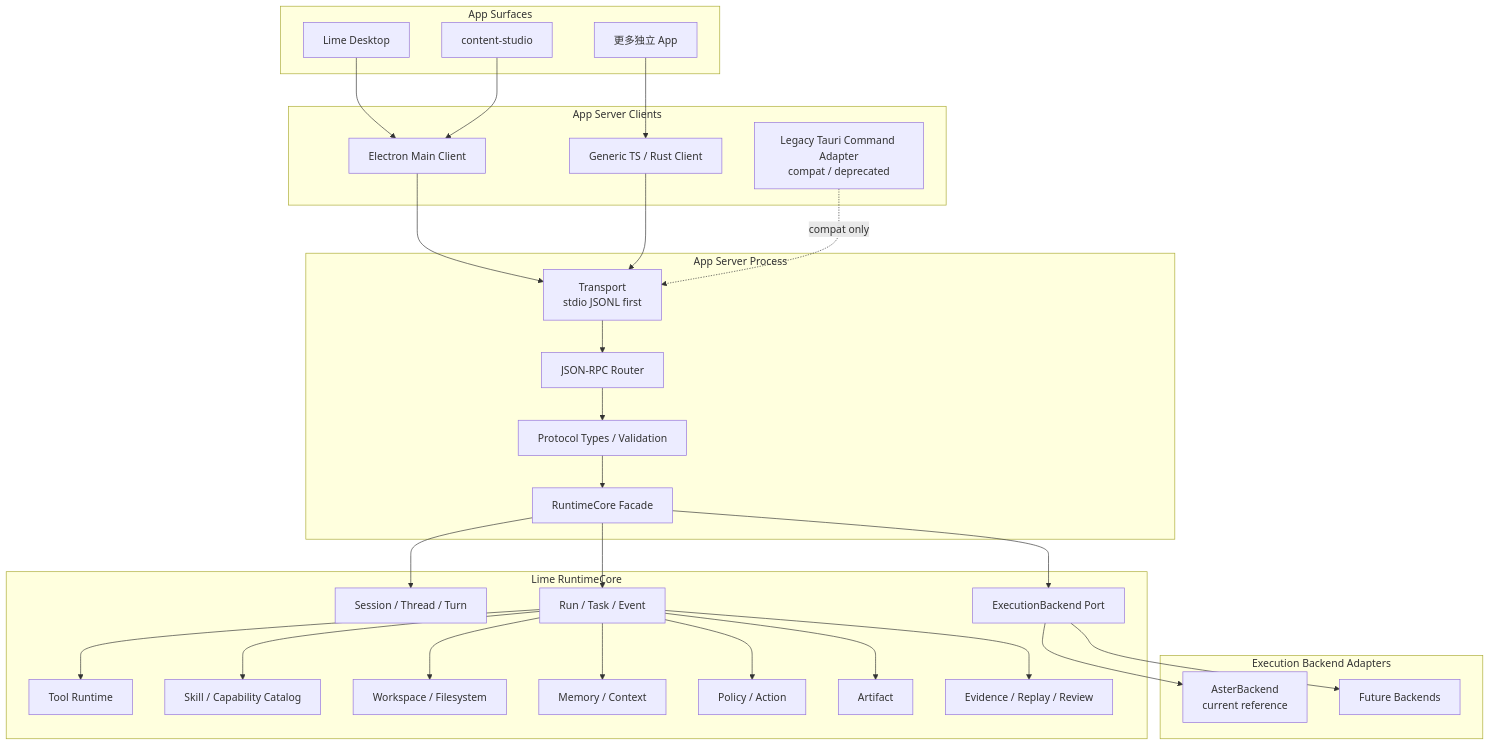
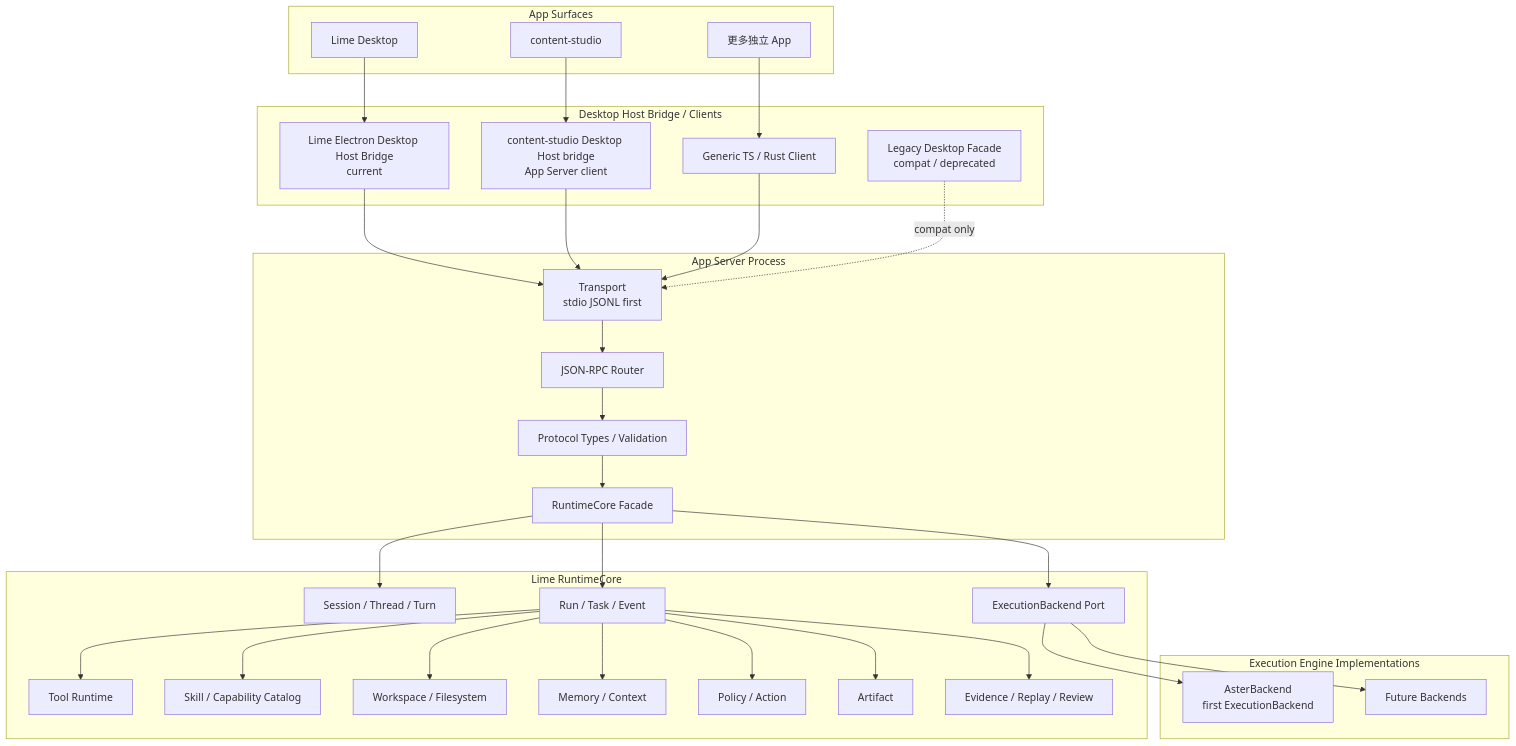
Before and after one commit to jiujuan/lime: the first of 2 diagrams in internal/roadmap/appserver/architecture.md, drawn with Mermaid. The commit also changed other lines of this file and 258 other files, not shown here.

Commit message:
chore: checkpoint app server integration

````diff
--- a/internal/roadmap/appserver/architecture.md
+++ b/internal/roadmap/appserver/architecture.md
@@ -18,59 +20,61 @@
 ```mermaid
 flowchart TB
     subgraph Apps["App Surfaces"]
         Desktop["Lime Desktop"]
         ContentStudio["content-studio"]
         OtherApps["更多独立 App"]
     end
 
-    subgraph Clients["App Server Clients"]
-        LegacyTauriAdapter["Legacy Tauri Command Adapter<br/>compat / deprecated"]
-        ElectronClient["Electron Main Client"]
+    subgraph HostBridge["Desktop Host Bridge / Clients"]
+        LimeElectronBridge["Lime Electron Desktop Host Bridge<br/>current"]
+        ContentStudioBridge["content-studio Desktop Host bridge<br/>App Server client"]
+        LegacyFacade["Legacy Desktop Facade<br/>compat / deprecated"]
         GenericClient["Generic TS / Rust Client"]
     end
 
     subgraph Server["App Server Process"]
         Transport["Transport<br/>stdio JSONL first"]
         Router["JSON-RPC Router"]
         Protocol["Protocol Types / Validation"]
         ServiceFacade["RuntimeCore Facade"]
     end
 
     subgraph Runtime["Lime RuntimeCore"]
         Session["Session / Thread / Turn"]
         Run["Run / Task / Event"]
         BackendPort["ExecutionBackend Port"]
         Tool["Tool Runtime"]
         Skill["Skill / Capability Catalog"]
         Workspace["Workspace / Filesystem"]
         Memory["Memory / Context"]
         Policy["Policy / Action"]
         Artifact["Artifact"]
         Evidence["Evidence / Replay / Review"]
     end
 
-    subgraph Backends["Execution Backend Adapters"]
-        Aster["AsterBackend<br/>current reference"]
+    subgraph Backends["Execution Engine Implementations"]
+        Aster["AsterBackend<br/>first ExecutionBackend"]
         Future["Future Backends"]
     end
 
-    Desktop --> ElectronClient
-    ContentStudio --> ElectronClient
+    Desktop --> LimeElectronBridge
+    ContentStudio --> ContentStudioBridge
     OtherApps --> GenericClient
-    ElectronClient --> Transport
+    LimeElectronBridge --> Transport
+    ContentStudioBridge --> Transport
     GenericClient --> Transport
-    LegacyTauriAdapter -. "compat only" .-> Transport
+    LegacyFacade -. "compat only" .-> Transport
     Transport --> Router --> Protocol --> ServiceFacade
     ServiceFacade --> Session
     ServiceFacade --> Run
     ServiceFacade --> BackendPort
     BackendPort --> Aster
     BackendPort --> Future
     Run --> Tool
     Run --> Skill
     Run --> Workspace
     Run --> Memory
     Run --> Policy
     Run --> Artifact
     Run --> Evidence
 ```
````
